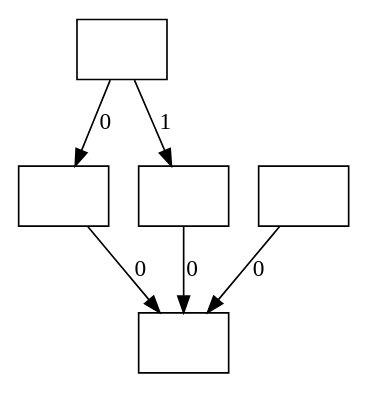
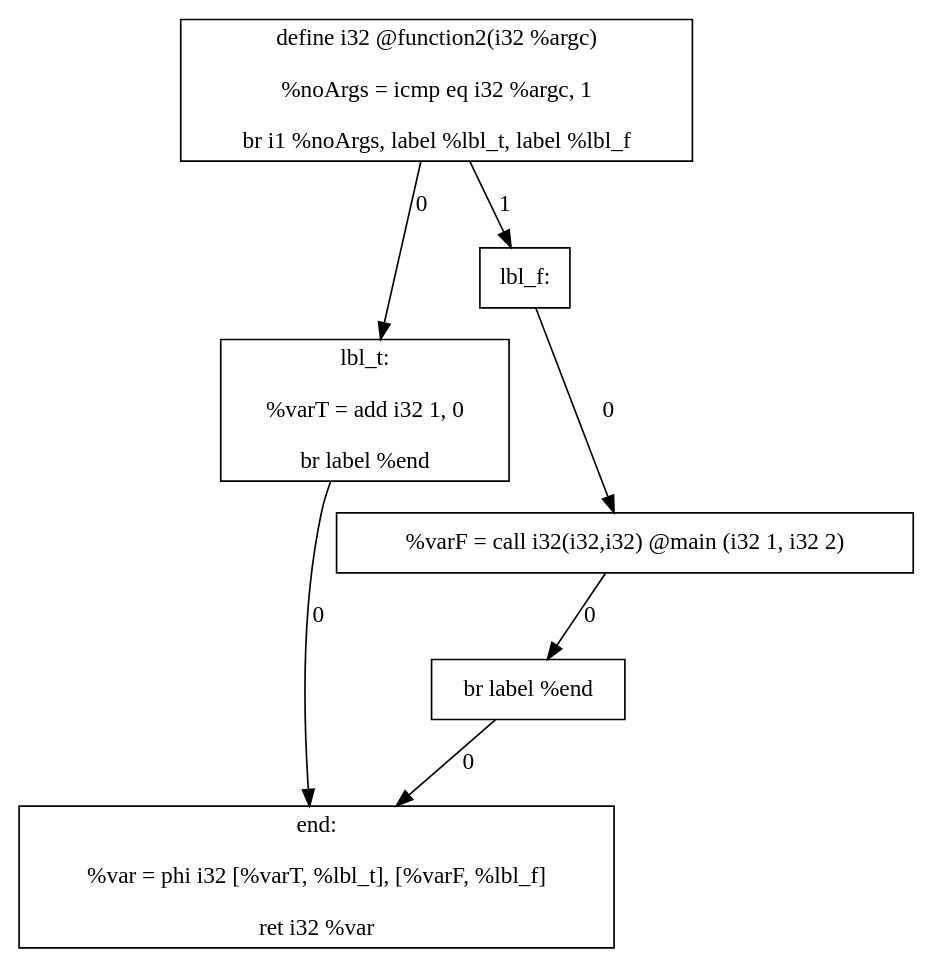
Before and after one commit to danielosw/eecs-677-project-2: the diagram in function2.dot, drawn with Graphviz. The commit also changed 11 other files, not shown here.

```diff
--- a/function2.dot
+++ b/function2.dot
@@ -1,12 +1,14 @@
 digraph {
-		Node0 [shape=record,label=""]
-		Node1 [shape=record,label=""]
-		Node2 [shape=record,label=""]
-		Node3 [shape=record,label=""]
-		Node4 [shape=record,label=""]
+		Node0 [shape=record,label="define i32 @function2(i32 %argc) \n\n        %noArgs = icmp eq i32 %argc, 1\n\n        br i1 %noArgs, label %lbl_t, label %lbl_f\n"]
+		Node1 [shape=record,label="lbl_t:\n\n        %varT = add i32 1, 0\n\n        br label %end\n"]
+		Node2 [shape=record,label="lbl_f:\n"]
+		Node3 [shape=record,label="        %varF = call i32(i32,i32) @main  (i32 1, i32 2)\n"]
+		Node4 [shape=record,label="        br label %end\n"]
+		Node5 [shape=record,label="end:\n\n        %var = phi i32 [%varT, %lbl_t], [%varF, %lbl_f]\n\n        ret i32 %var\n"]
 		Node0 -> Node1 [label=0];
 		Node0 -> Node2 [label=1];
-		Node1 -> Node4 [label=0];
-		Node2 -> Node4 [label=0];
+		Node1 -> Node5 [label=0];
+		Node2 -> Node3 [label=0];
 		Node3 -> Node4 [label=0];
+		Node4 -> Node5 [label=0];
 }
```
